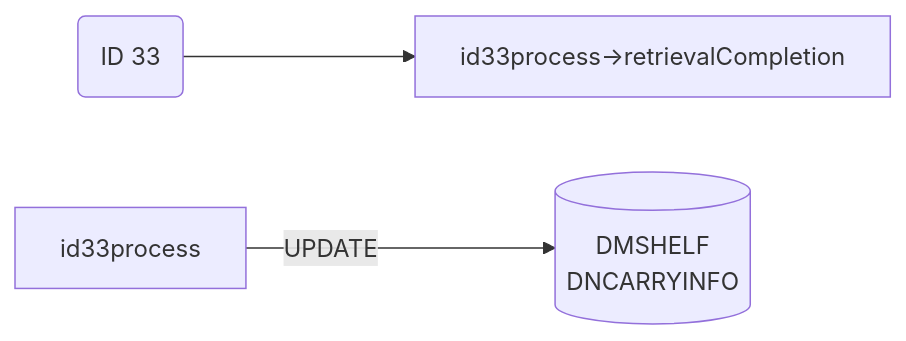
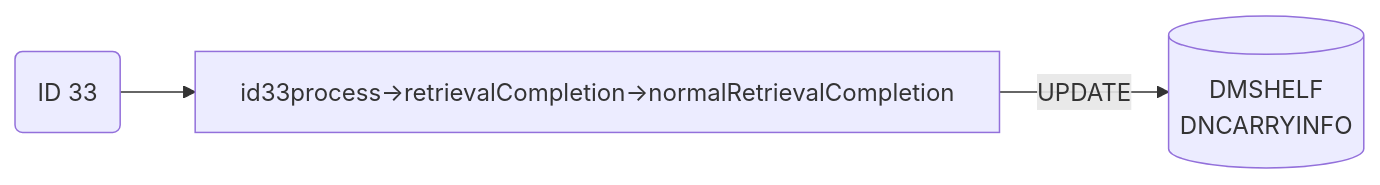
Before and after one commit to luthfiadityaa/SimeDarby-Wiki: the ninth of 19 diagrams in Basic-Design/DFD-WMS/Retrieval/Specific-Location-Retrieval-Setting.md, drawn with Mermaid.

Commit message:
Updated Specific Location Retrieval Setting

```diff
--- a/Basic-Design/DFD-WMS/Retrieval/Specific-Location-Retrieval-Setting.md
+++ b/Basic-Design/DFD-WMS/Retrieval/Specific-Location-Retrieval-Setting.md
@@ -429,15 +429,15 @@
 ::: mermaid
 flowchart LR
 
 id33("
 ID 33
 ")
 
 id33-update[("
 DMSHELF
 DNCARRYINFO
 ")]
 
-id33-->P1[id33process→retrievalCompletion]
-id33process--> |UPDATE| id33-update
+id33-->P1[id33process→retrievalCompletion→normalRetrievalCompletion]
+P1--> |UPDATE| id33-update
 :::
```
